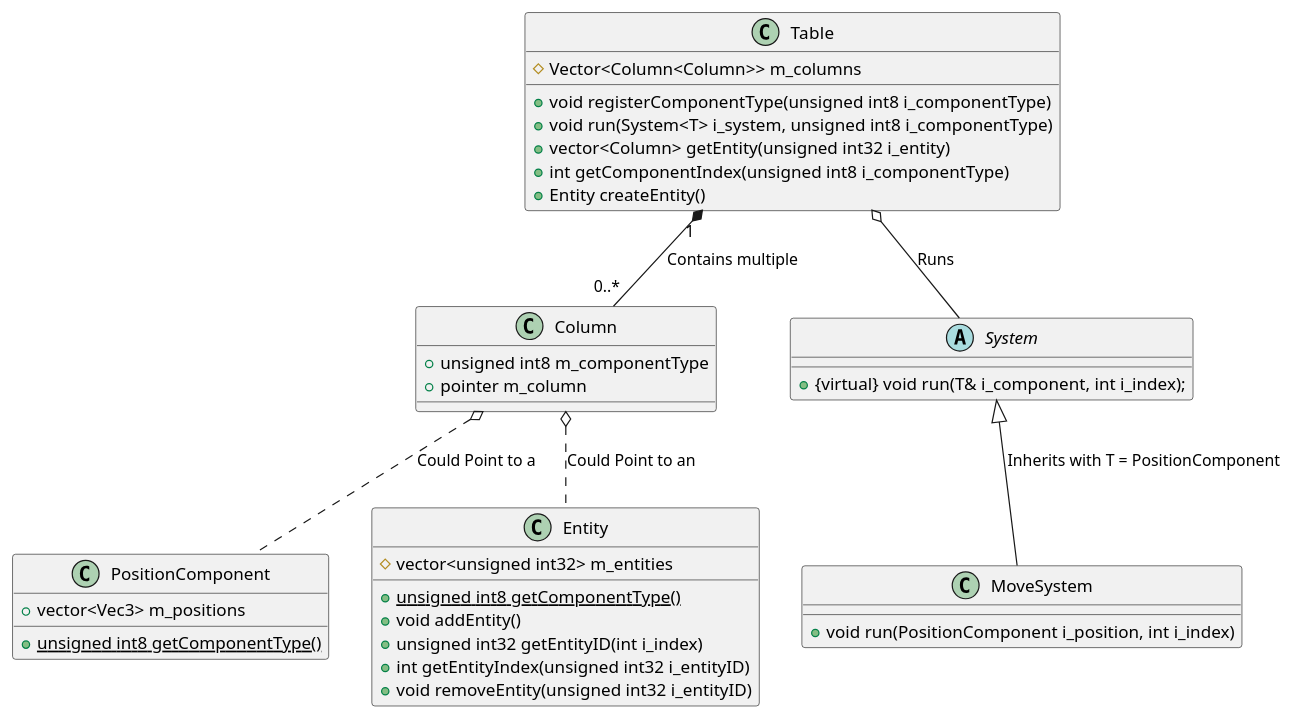
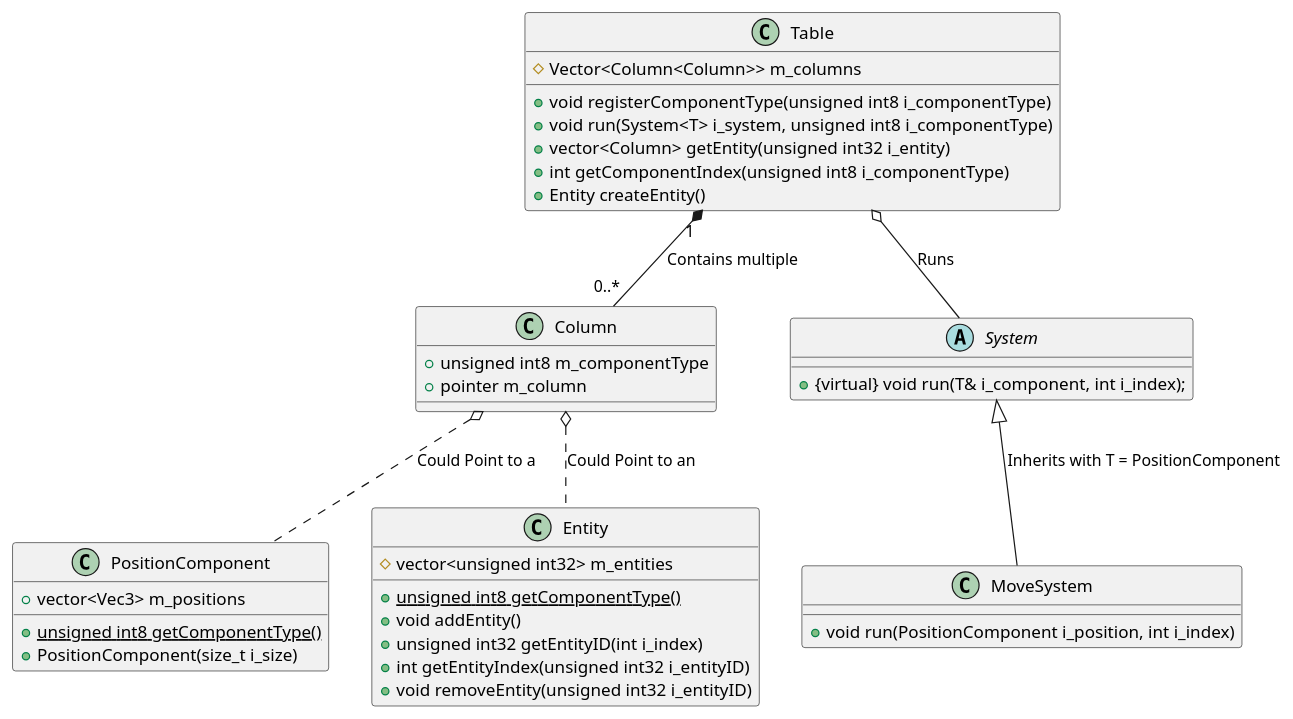
One commit to NCCA/programming-assignment-supersliser changed the diagram in ClassDiagram.md. Above: the diagram before and after it, drawn with PlantUML. The commit also changed 16 other files, not shown here.

```diff
--- a/ClassDiagram.md
+++ b/ClassDiagram.md
@@ -1,45 +1,46 @@
 @startuml
 
 class Table {
 	# Vector<Column<Column>> m_columns
 	+ void registerComponentType(unsigned int8 i_componentType)
 	+ void run(System<T> i_system, unsigned int8 i_componentType)
     + vector<Column> getEntity(unsigned int32 i_entity)
     + int getComponentIndex(unsigned int8 i_componentType)
 	+ Entity createEntity()
 }
 
 class Column {
     + unsigned int8 m_componentType
 	+ pointer m_column
 }
 
 class PositionComponent {
 	+ vector<Vec3> m_positions
     + {static} unsigned int8 getComponentType()
+	+ PositionComponent(size_t i_size)
 }
 
 class Entity { 
 	# vector<unsigned int32> m_entities
 	+ {static} unsigned int8 getComponentType()
 	+ void addEntity()
 	+ unsigned int32 getEntityID(int i_index)
 	+ int getEntityIndex(unsigned int32 i_entityID)
 	+ void removeEntity(unsigned int32 i_entityID)
 }
 
 abstract class System {
 	+ {virtual} void run(T& i_component, int i_index);
 }
 
 class MoveSystem {
 	+ void run(PositionComponent i_position, int i_index)
 }
 
 Table "1" *-- "0..*" Column : "Contains multiple"
 Column o.. PositionComponent : "Could Point to a"
 Column o.. Entity : "Could Point to an"
 System <|-- MoveSystem : "Inherits with T = PositionComponent"
 Table o-- System : "Runs"
 
 @enduml
```
